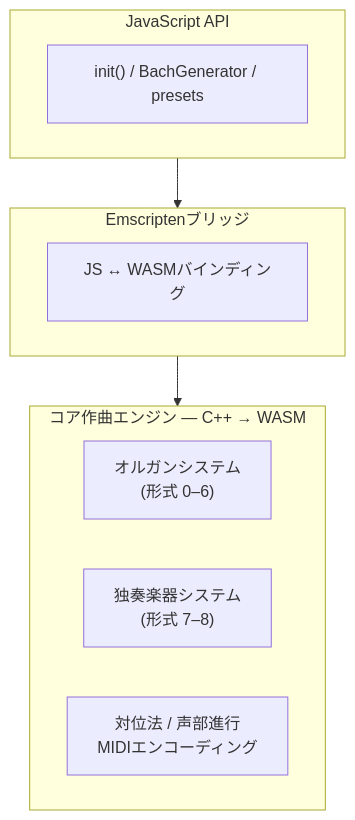
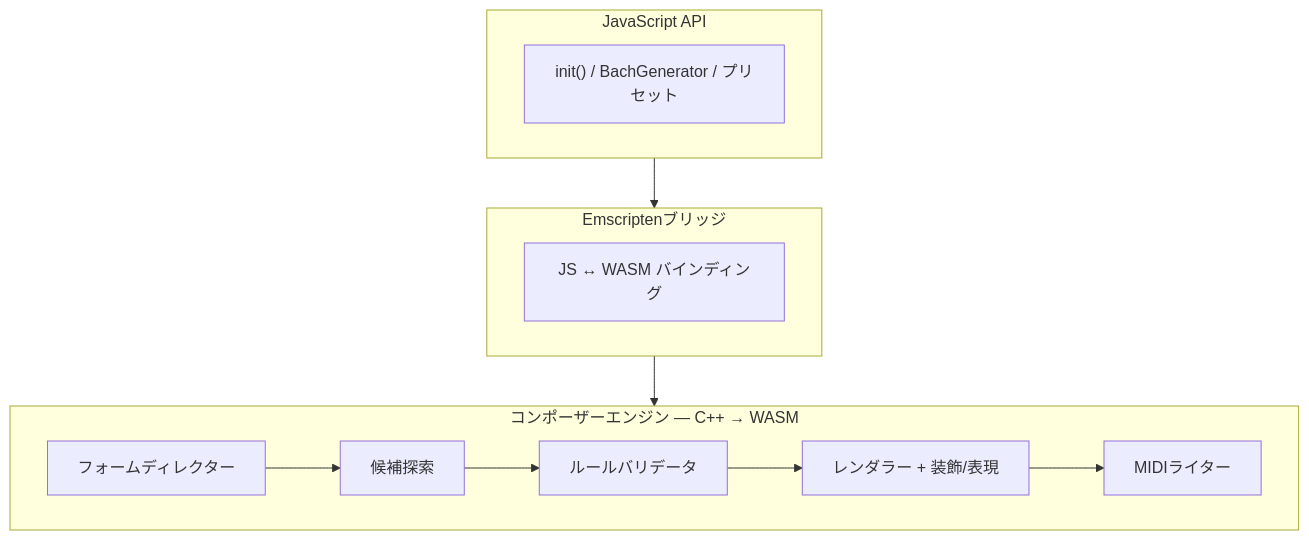
One commit to libraz/midi-sketch-bach-homepage changed the diagram in src/ja/docs/architecture.md. Above: the diagram before and after it, drawn with Mermaid. The commit also changed other lines of this file and 34 other files, not shown here.

````diff
--- a/src/ja/docs/architecture.md
+++ b/src/ja/docs/architecture.md
@@ -16,15 +16,18 @@
 ```mermaid
 graph TD
     subgraph JS["JavaScript API"]
-        A["init() / BachGenerator / presets"]
+        A["init() / BachGenerator / プリセット"]
     end
     subgraph EM["Emscriptenブリッジ"]
-        B["JS ↔ WASMバインディング"]
+        B["JS ↔ WASM バインディング"]
     end
-    subgraph CORE["コア作曲エンジン — C++ → WASM"]
-        C["オルガンシステム<br>(形式 0–6)"]
-        D["独奏楽器システム<br>(形式 7–8)"]
-        E["対位法 / 声部進行<br>MIDIエンコーディング"]
+    subgraph CORE["コンポーザーエンジン — C++ → WASM"]
+        C["フォームディレクター"]
+        D["候補探索"]
+        E["ルールバリデータ"]
+        F["レンダラー + 装飾/表現"]
+        G["MIDIライター"]
+        C --> D --> E --> F --> G
     end
     JS --> EM --> CORE
 ```
````
